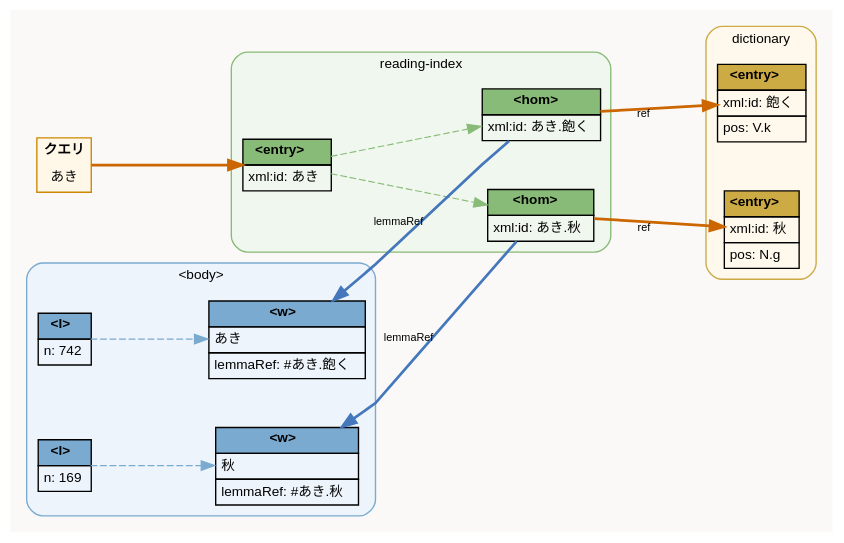
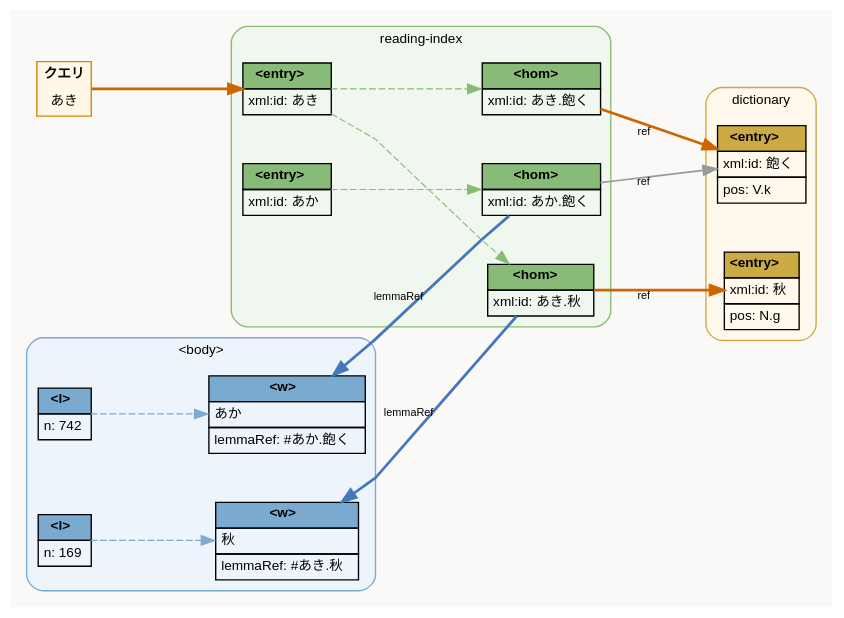
One commit to idiig/kokin-tei-merge changed the diagram in docs/search-ex2.dot. Above: the diagram before and after it, drawn with Graphviz. The commit also changed 1 other file, not shown here.

Commit message:
docs(search-ex2): Add aka reading index and homophone to example
Expand the search example by including an additional entry for 'aka'
in the reading index, with its corresponding homophone and updated
search path highlighting.

```diff
--- a/docs/search-ex2.dot
+++ b/docs/search-ex2.dot
@@ -1,111 +1,123 @@
 digraph search_aki {
   graph [
     rankdir=LR
     fontname="Helvetica"
     bgcolor="#faf9f7"
     splines=polyline
     nodesep=0.5
     ranksep=1.2
     newrank=true
   ]
   node [fontname="Helvetica" fontsize=10 shape=plain]
   edge [fontname="Helvetica" fontsize=8 color="#aaaaaa" penwidth=0.8]
 
   /* ── query input ── */
   query [label=<<TABLE BORDER="1" CELLBORDER="0" CELLSPACING="0" CELLPADDING="4" BGCOLOR="#fff8e8" COLOR="#cc8800">
     <TR><TD><B>クエリ</B></TD></TR>
     <TR><TD>あき</TD></TR>
   </TABLE>>]
 
   /* ── reading-index ── */
   subgraph cluster_ri {
     label="reading-index"
     style="filled,rounded"
     fillcolor="#f0f7ee"
     color="#88bb77"
     fontname="Helvetica"
     fontsize=10
 
-    ri_e [label=<<TABLE BORDER="0" CELLBORDER="1" CELLSPACING="0" CELLPADDING="3">
+    ri_aki [label=<<TABLE BORDER="0" CELLBORDER="1" CELLSPACING="0" CELLPADDING="3">
       <TR><TD BGCOLOR="#88bb77"><B>&lt;entry&gt;</B></TD></TR>
       <TR><TD ALIGN="LEFT">xml:id: あき</TD></TR>
     </TABLE>>]
 
-    hom1 [label=<<TABLE BORDER="0" CELLBORDER="1" CELLSPACING="0" CELLPADDING="3">
+    hom_aki_aki [label=<<TABLE BORDER="0" CELLBORDER="1" CELLSPACING="0" CELLPADDING="3">
       <TR><TD BGCOLOR="#88bb77"><B>&lt;hom&gt;</B></TD></TR>
       <TR><TD ALIGN="LEFT">xml:id: あき.秋</TD></TR>
     </TABLE>>]
 
-    hom2 [label=<<TABLE BORDER="0" CELLBORDER="1" CELLSPACING="0" CELLPADDING="3">
+    hom_aki_aku [label=<<TABLE BORDER="0" CELLBORDER="1" CELLSPACING="0" CELLPADDING="3">
       <TR><TD BGCOLOR="#88bb77"><B>&lt;hom&gt;</B></TD></TR>
       <TR><TD ALIGN="LEFT">xml:id: あき.飽く</TD></TR>
     </TABLE>>]
 
-    ri_e -> hom1 [style=dashed color="#88bb77"]
-    ri_e -> hom2 [style=dashed color="#88bb77"]
+    ri_aka [label=<<TABLE BORDER="0" CELLBORDER="1" CELLSPACING="0" CELLPADDING="3">
+      <TR><TD BGCOLOR="#88bb77"><B>&lt;entry&gt;</B></TD></TR>
+      <TR><TD ALIGN="LEFT">xml:id: あか</TD></TR>
+    </TABLE>>]
+
+    hom_aka_aku [label=<<TABLE BORDER="0" CELLBORDER="1" CELLSPACING="0" CELLPADDING="3">
+      <TR><TD BGCOLOR="#88bb77"><B>&lt;hom&gt;</B></TD></TR>
+      <TR><TD ALIGN="LEFT">xml:id: あか.飽く</TD></TR>
+    </TABLE>>]
+
+    ri_aki  -> hom_aki_aki [style=dashed color="#88bb77"]
+    ri_aki  -> hom_aki_aku [style=dashed color="#88bb77"]
+    ri_aka  -> hom_aka_aku [style=dashed color="#88bb77"]
   }
 
   /* ── dictionary ── */
   subgraph cluster_dict {
     label="dictionary"
     style="filled,rounded"
     fillcolor="#fef9ec"
     color="#ccaa44"
     fontname="Helvetica"
     fontsize=10
 
     e_aki [label=<<TABLE BORDER="0" CELLBORDER="1" CELLSPACING="0" CELLPADDING="3">
       <TR><TD BGCOLOR="#ccaa44"><B>&lt;entry&gt;</B></TD></TR>
       <TR><TD ALIGN="LEFT">xml:id: 秋</TD></TR>
       <TR><TD ALIGN="LEFT">pos: N.g</TD></TR>
     </TABLE>>]
 
     e_aku [label=<<TABLE BORDER="0" CELLBORDER="1" CELLSPACING="0" CELLPADDING="3">
       <TR><TD BGCOLOR="#ccaa44"><B>&lt;entry&gt;</B></TD></TR>
       <TR><TD ALIGN="LEFT">xml:id: 飽く</TD></TR>
       <TR><TD ALIGN="LEFT">pos: V.k</TD></TR>
     </TABLE>>]
   }
 
   /* ── body ── */
   subgraph cluster_body {
     label="&lt;body&gt;"
     style="filled,rounded"
     fillcolor="#eef4fb"
     color="#7aaad0"
     fontname="Helvetica"
     fontsize=10
 
     l1 [label=<<TABLE BORDER="0" CELLBORDER="1" CELLSPACING="0" CELLPADDING="3">
       <TR><TD BGCOLOR="#7aaad0"><B>&lt;l&gt;</B></TD></TR>
       <TR><TD ALIGN="LEFT">n: 169</TD></TR>
     </TABLE>>]
 
     w1 [label=<<TABLE BORDER="0" CELLBORDER="1" CELLSPACING="0" CELLPADDING="3">
       <TR><TD BGCOLOR="#7aaad0"><B>&lt;w&gt;</B></TD></TR>
       <TR><TD ALIGN="LEFT">秋</TD></TR>
       <TR><TD ALIGN="LEFT">lemmaRef: #あき.秋</TD></TR>
     </TABLE>>]
 
     l2 [label=<<TABLE BORDER="0" CELLBORDER="1" CELLSPACING="0" CELLPADDING="3">
       <TR><TD BGCOLOR="#7aaad0"><B>&lt;l&gt;</B></TD></TR>
       <TR><TD ALIGN="LEFT">n: 742</TD></TR>
     </TABLE>>]
 
     w2 [label=<<TABLE BORDER="0" CELLBORDER="1" CELLSPACING="0" CELLPADDING="3">
       <TR><TD BGCOLOR="#7aaad0"><B>&lt;w&gt;</B></TD></TR>
-      <TR><TD ALIGN="LEFT">あき</TD></TR>
-      <TR><TD ALIGN="LEFT">lemmaRef: #あき.飽く</TD></TR>
+      <TR><TD ALIGN="LEFT">あか</TD></TR>
+      <TR><TD ALIGN="LEFT">lemmaRef: #あか.飽く</TD></TR>
     </TABLE>>]
 
     l1 -> w1 [style=dashed color="#7aaad0"]
     l2 -> w2 [style=dashed color="#7aaad0"]
   }
 
   /* ── search path (highlighted) ── */
-  query -> ri_e  [style=bold penwidth=2 color="#cc6600"]
-  hom1  -> e_aki [xlabel="ref" style=bold penwidth=2 color="#cc6600"]
-  hom2  -> e_aku [xlabel="ref" style=bold penwidth=2 color="#cc6600"]
-  w1    -> hom1  [xlabel="lemmaRef" style=bold penwidth=2 color="#4477bb" dir=back]
-  w2    -> hom2  [xlabel="lemmaRef" style=bold penwidth=2 color="#4477bb" dir=back]
+  query       -> ri_aki      [style=bold penwidth=2 color="#cc6600"]
+  hom_aki_aki -> e_aki       [xlabel="ref" style=bold penwidth=2 color="#cc6600"]
+  hom_aki_aku -> e_aku       [xlabel="ref" style=bold penwidth=2 color="#cc6600"]
+  hom_aka_aku -> e_aku       [xlabel="ref" penwidth=1.2 color="#999999"]
+  w1          -> hom_aki_aki [xlabel="lemmaRef" style=bold penwidth=2 color="#4477bb" dir=back]
+  w2          -> hom_aka_aku [xlabel="lemmaRef" style=bold penwidth=2 color="#4477bb" dir=back]
 }
```
